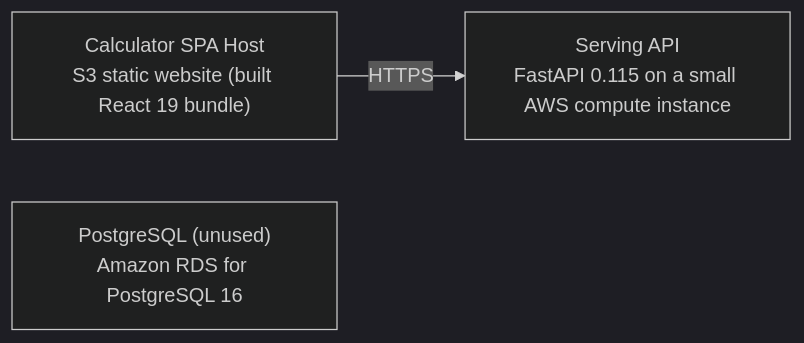
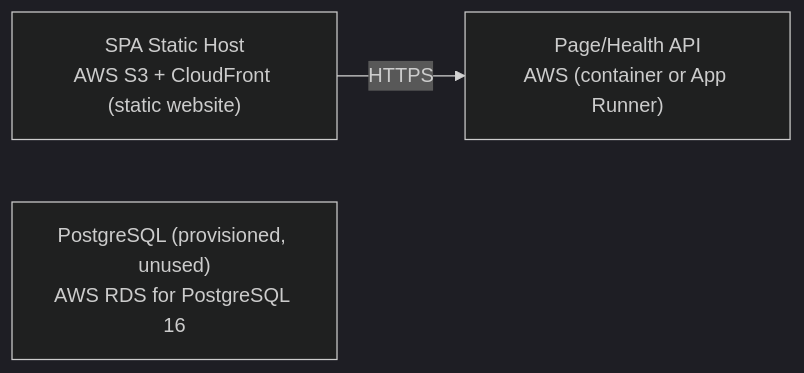
Before and after one commit to satya1802/calculator9: the diagram in docs/sdlc/deployment/deployment-guide.md, drawn with Mermaid (dark theme). The commit also changed other lines of this file and 10 other files, not shown here.

````diff
--- a/docs/sdlc/deployment/deployment-guide.md
+++ b/docs/sdlc/deployment/deployment-guide.md
@@ -22,7 +22,7 @@
 ```mermaid
 graph LR
-  n_Calculator_SPA_Host["Calculator SPA Host<br/>S3 static website (built React 19 bundle)"]
-  n_Serving_API["Serving API<br/>FastAPI 0.115 on a small AWS compute instance"]
-  n_PostgreSQL__unused_["PostgreSQL (unused)<br/>Amazon RDS for PostgreSQL 16"]
-  n_Calculator_SPA_Host -->|"HTTPS"| n_Serving_API
+  n_SPA_Static_Host["SPA Static Host<br/>AWS S3 + CloudFront (static website)"]
+  n_Page_Health_API["Page/Health API<br/>AWS (container or App Runner)"]
+  n_PostgreSQL__provisioned__unused_["PostgreSQL (provisioned, unused)<br/>AWS RDS for PostgreSQL 16"]
+  n_SPA_Static_Host -->|"HTTPS"| n_Page_Health_API
 ```
````
